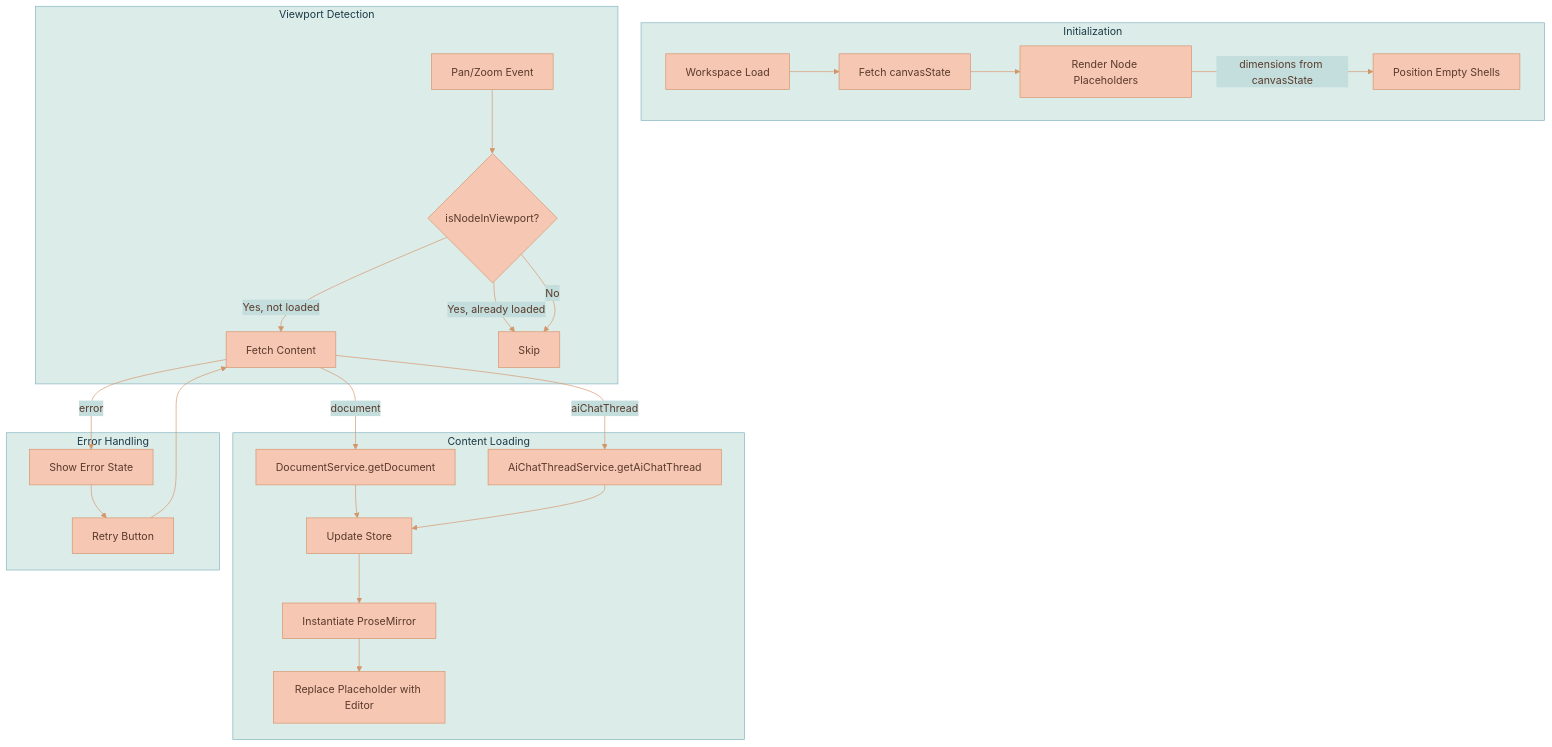
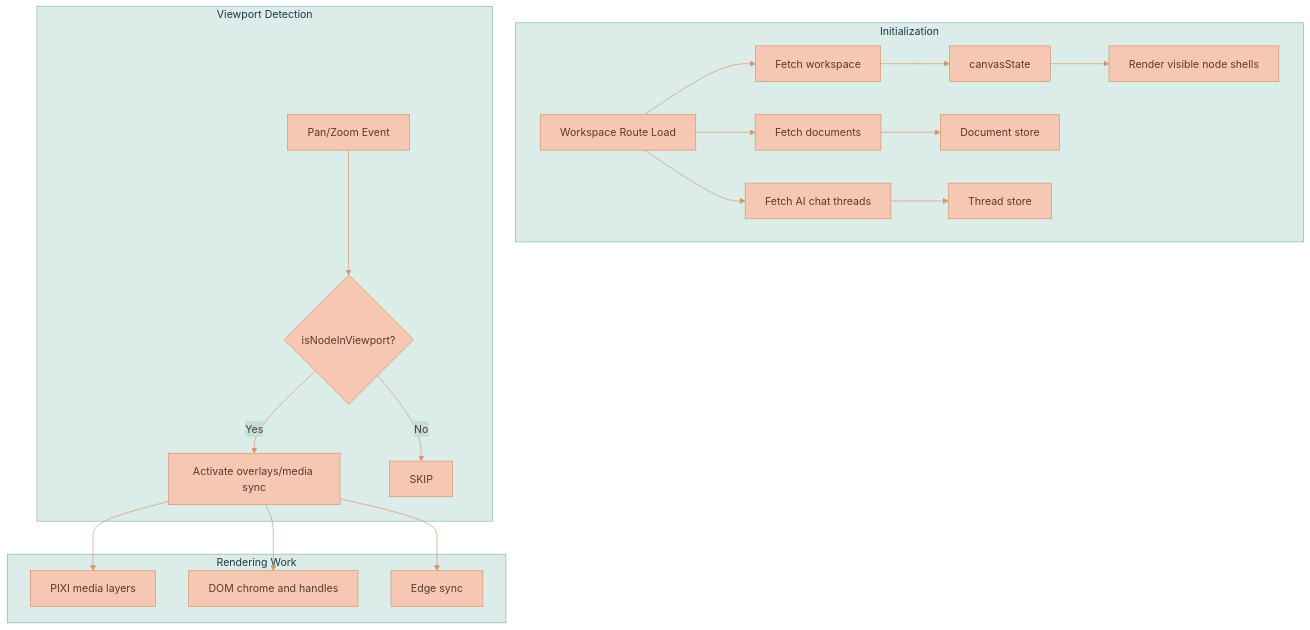
One commit to Lixpi/lixpi changed the second of 2 diagrams in documentation/canvas/WORKSPACE-MODEL.md. Above: the diagram before and after it, drawn with Mermaid. The commit also changed other lines of this file and 46 other files, not shown here.

````diff
--- a/documentation/canvas/WORKSPACE-MODEL.md
+++ b/documentation/canvas/WORKSPACE-MODEL.md
@@ -397,31 +397,25 @@
 ```mermaid
 %%{init: {'theme': 'base', 'themeVariables': { 'primaryColor': '#F6C7B3', 'primaryTextColor': '#5a3a2a', 'primaryBorderColor': '#d4956a', 'secondaryColor': '#C3DEDD', 'secondaryTextColor': '#1a3a47', 'secondaryBorderColor': '#4a8a9d', 'tertiaryColor': '#DCECE9', 'tertiaryTextColor': '#1a3a47', 'tertiaryBorderColor': '#82B2C0', 'lineColor': '#d4956a', 'textColor': '#5a3a2a'}}}%%
 flowchart TB
     subgraph Initialization
-        WS[Workspace Load] --> CS[Fetch canvasState]
-        CS --> RN[Render Node Placeholders]
-        RN --> |dimensions from canvasState| DOM[Position Empty Shells]
+        WS[Workspace Route Load] --> W[Fetch workspace]
+        WS --> D[Fetch documents]
+        WS --> T[Fetch AI chat threads]
+        W --> CS[canvasState]
+        D --> STORE[Document store]
+        T --> THREADS[Thread store]
+        CS --> RN[Render visible node shells]
     end
 
     subgraph Viewport Detection
         PZ[Pan/Zoom Event] --> VIS{isNodeInViewport?}
-        VIS -->|Yes, not loaded| FETCH[Fetch Content]
-        VIS -->|Yes, already loaded| SKIP[Skip]
+        VIS -->|Yes| ACTIVE[Activate overlays/media sync]
         VIS -->|No| SKIP
     end
 
-    subgraph Content Loading
-        FETCH --> |document| DSVC[DocumentService.getDocument]
-        FETCH --> |aiChatThread| ASVC[AiChatThreadService.getAiChatThread]
-        DSVC --> STORE[Update Store]
-        ASVC --> STORE
-        STORE --> EDITOR[Instantiate ProseMirror]
-        EDITOR --> REPLACE[Replace Placeholder with Editor]
-    end
-
-    subgraph Error Handling
-        FETCH --> |error| ERR[Show Error State]
-        ERR --> RETRY[Retry Button]
-        RETRY --> FETCH
+    subgraph Rendering Work
+        ACTIVE --> MEDIA[PIXI media layers]
+        ACTIVE --> CHROME[DOM chrome and handles]
+        ACTIVE --> EDGES[Edge sync]
     end
 ```
````
